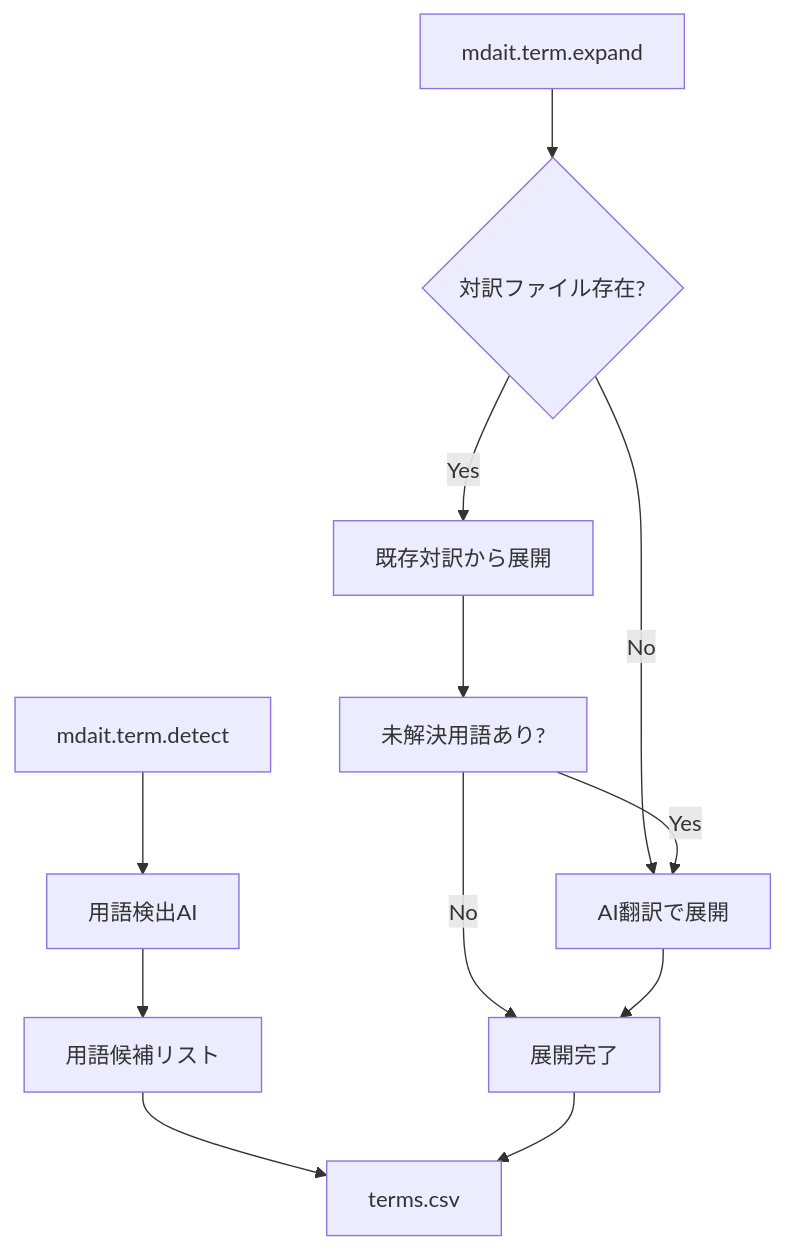
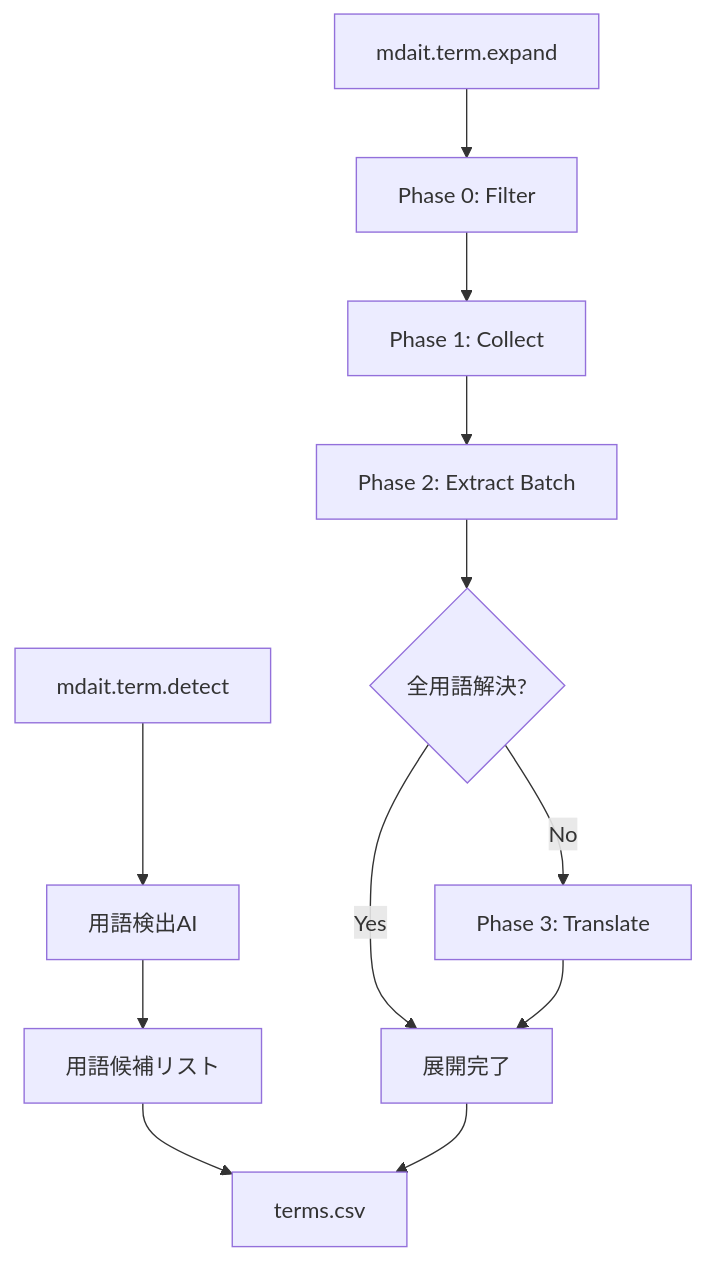
Before and after one commit to mochimochiki/mdait: the first of 2 diagrams in design/commands_term.md, drawn with Mermaid. The commit also changed other lines of this file and 14 other files, not shown here.

````diff
--- a/design/commands_term.md
+++ b/design/commands_term.md
@@ -127,16 +70,16 @@
 ```mermaid
 flowchart TD
     A[mdait.term.detect] --> B[用語検出AI]
     B --> C[用語候補リスト]
     
-    D[mdait.term.expand] --> E{対訳ファイル存在?}
-    E -->|Yes| F[既存対訳から展開]
-    E -->|No| G[AI翻訳で展開]
-    F --> H[未解決用語あり?]
-    H -->|Yes| G
-    H -->|No| I[展開完了]
-    G --> I
+    D[mdait.term.expand] --> E[Phase 0: Filter]
+    E --> F[Phase 1: Collect]
+    F --> G[Phase 2: Extract Batch]
+    G --> H{全用語解決?}
+    H -->|No| I[Phase 3: Translate]
+    H -->|Yes| J[展開完了]
+    I --> J
     
-    C --> J[terms.csv]
-    I --> J
+    C --> K[terms.csv]
+    J --> K
 ```
````
